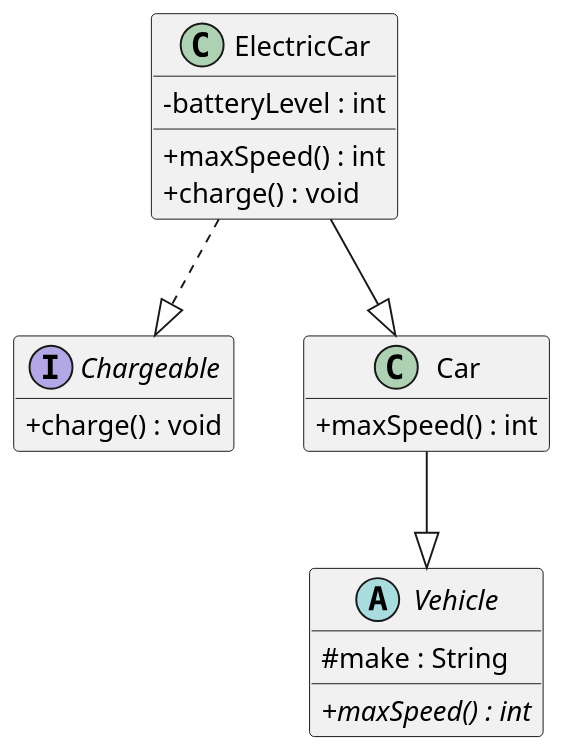
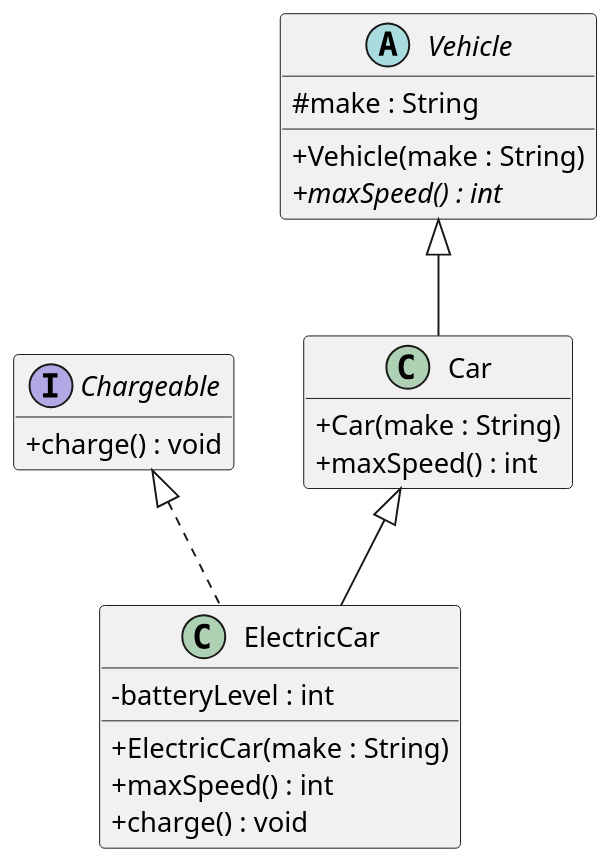
One commit to 928478326/207-course-notes changed the diagram in plantuml/exercises/vehicles-uml-starter.puml. Above: the diagram before and after it, drawn with PlantUML.

```diff
--- a/plantuml/exercises/vehicles-uml-starter.puml
+++ b/plantuml/exercises/vehicles-uml-starter.puml
@@ -1,47 +1,31 @@
 @startuml
 skinparam dpi 150
 skinparam classAttributeIconSize 0
 hide empty members
-
-' Your task (Chapter 3, Question 2): draw the UML class diagram for the
-' Vehicle / Car / ElectricCar / Chargeable code.
-'
-' Define each type as a box, then connect them with the right arrows. One box
-' (Chargeable) is filled in as an example — complete the other three and add the
-' relationships.
-'
-' PlantUML cheat-sheet:
-'   interface Name { + method() : Type }
-'   abstract class Name { # field : Type }
-'   class Name { - field : Type }
-'   Parent    <|-- Child    ' generalization: Child extends Parent
-'   Interface <|.. Class    ' realization:    Class implements Interface
-' (Putting the parent/interface on the LEFT of the arrow keeps it on top.)
 
 interface Chargeable {
   + charge() : void
 }
 
 abstract class Vehicle {
   # make : String
+  + Vehicle(make : String)
   + {abstract} maxSpeed() : int
 }
 
 class Car {
+  + Car(make : String)
   + maxSpeed() : int
 }
 
 class ElectricCar {
   - batteryLevel : int
+  + ElectricCar(make : String)
   + maxSpeed() : int
   + charge() : void
 }
 
-Car --|> Vehicle
-ElectricCar --|> Car
-ElectricCar ..|> Chargeable
-' TODO: add "abstract class Vehicle", "class Car", and "class ElectricCar"
-'       (with their fields and methods), then add the arrows between all four
-'       types.
-
+Vehicle <|-- Car
+Car <|-- ElectricCar
+Chargeable <|.. ElectricCar
 @enduml
```
